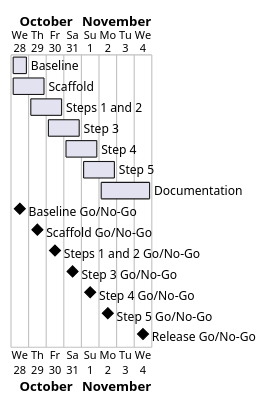
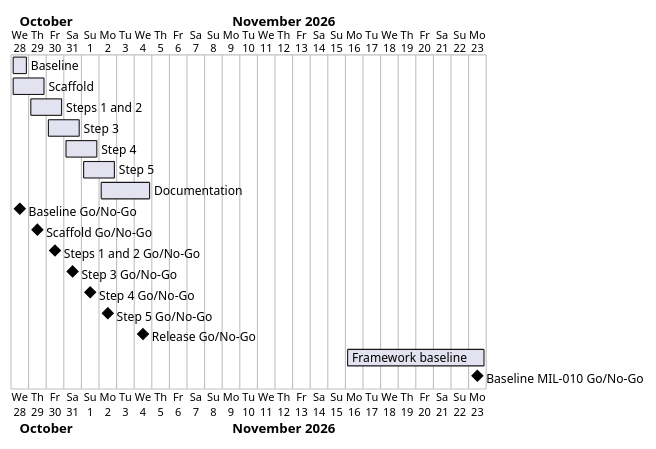
The diagram in docs/project-plan.md (Tirsvad-Udemy-100-days-of-code/048-the-coockie-factory-new), drawn with PlantUML before and after one commit. The commit also changed other lines of this file and 15 other files, not shown here.

First line of the commit message:
MIL-010: Bring Cookie Clicker Bot to the framework baseline

````diff
--- a/docs/project-plan.md
+++ b/docs/project-plan.md
@@ -45,19 +49,21 @@
 ```plantuml
 @startgantt
 Project starts 2026-10-28
 [Baseline] starts 2026-10-28 and ends 2026-10-28
 [Scaffold] starts 2026-10-28 and ends 2026-10-29
 [Steps 1 and 2] starts 2026-10-29 and ends 2026-10-30
 [Step 3] starts 2026-10-30 and ends 2026-10-31
 [Step 4] starts 2026-10-31 and ends 2026-11-01
 [Step 5] starts 2026-11-01 and ends 2026-11-02
 [Documentation] starts 2026-11-02 and ends 2026-11-04
 [Baseline Go/No-Go] happens 2026-10-28
 [Scaffold Go/No-Go] happens 2026-10-29
 [Steps 1 and 2 Go/No-Go] happens 2026-10-30
 [Step 3 Go/No-Go] happens 2026-10-31
 [Step 4 Go/No-Go] happens 2026-11-01
 [Step 5 Go/No-Go] happens 2026-11-02
 [Release Go/No-Go] happens 2026-11-04
+[Framework baseline] starts 2026-11-16 and ends 2026-11-23
+[Baseline MIL-010 Go/No-Go] happens 2026-11-23
 @endgantt
 ```
````
